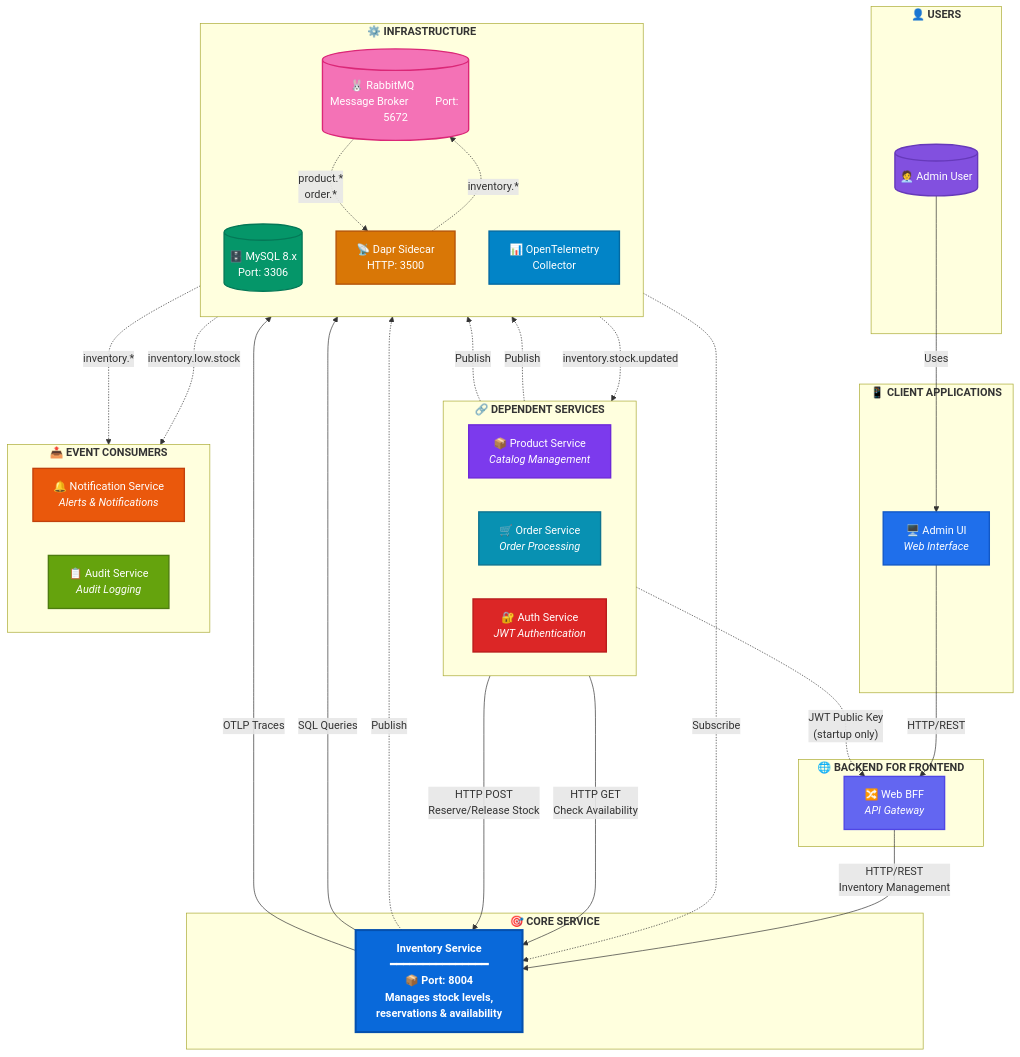
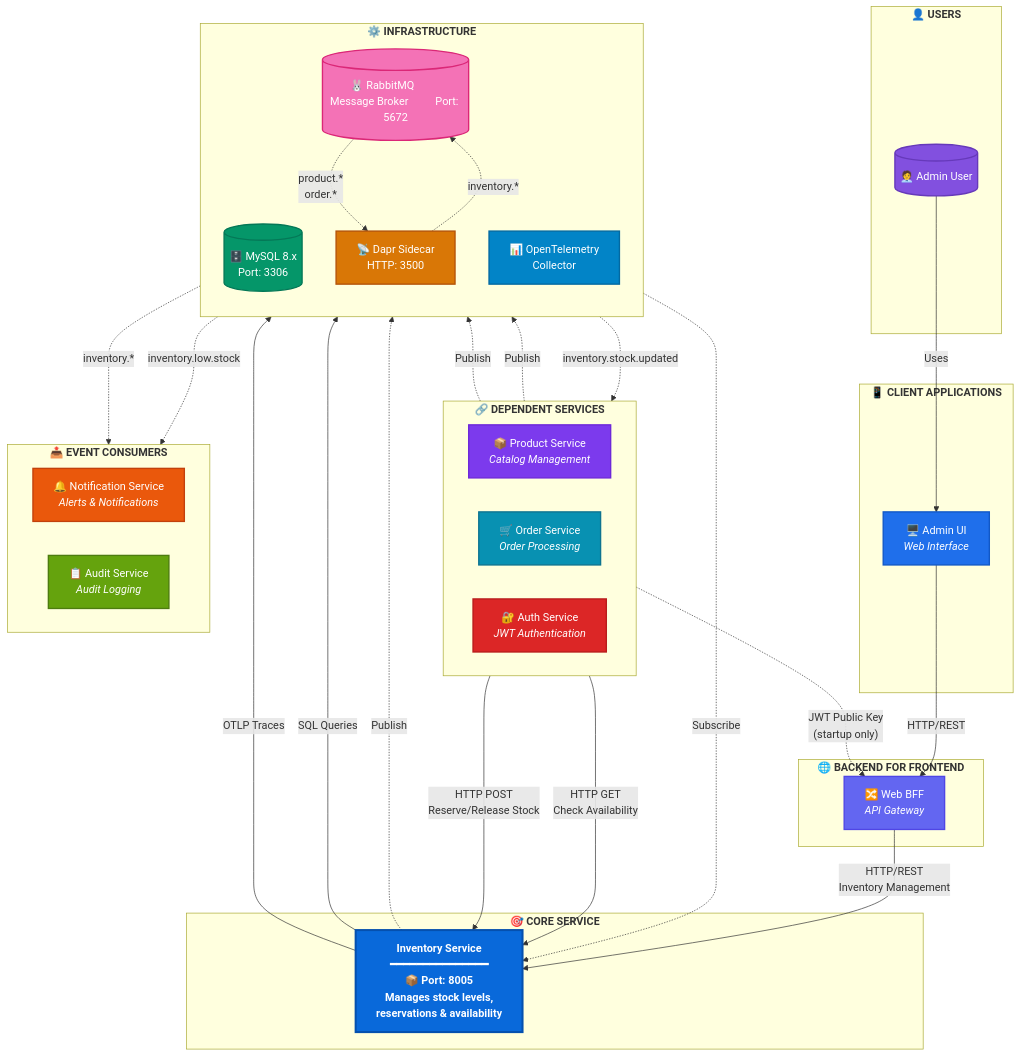
The first of 3 diagrams in docs/ARCHITECTURE.md (xshopai/inventory-service), drawn with Mermaid before and after one commit. The commit also changed other lines of this file and 14 other files, not shown here.

First line of the commit message:
Update architecture and local development documentation; change service port and messaging configuration

```diff
--- a/docs/ARCHITECTURE.md
+++ b/docs/ARCHITECTURE.md
@@ -185,7 +185,7 @@
     end
 
     subgraph Core["<b>🎯 CORE SERVICE</b>"]
-        INV["<b>Inventory Service</b><br/>━━━━━━━━━━━━━━━<br/>📦 Port: 8004<br/>Manages stock levels,<br/>reservations & availability"]
+        INV["<b>Inventory Service</b><br/>━━━━━━━━━━━━━━━<br/>📦 Port: 8005<br/>Manages stock levels,<br/>reservations & availability"]
     end
 
     subgraph Services["<b>🔗 DEPENDENT SERVICES</b>"]
```
